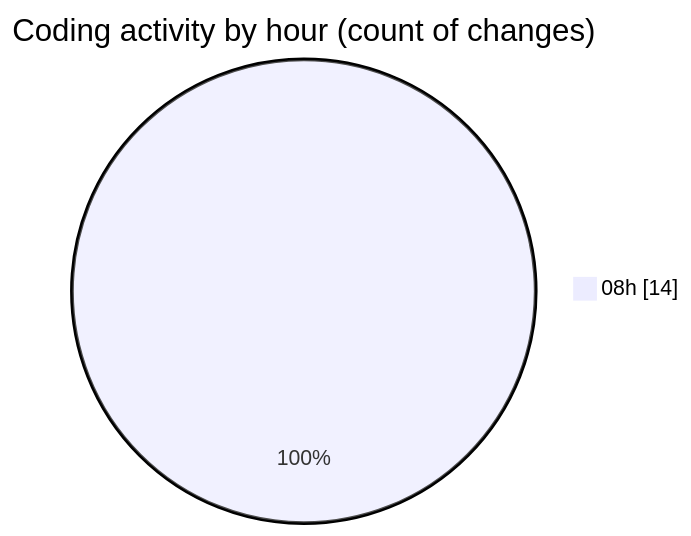
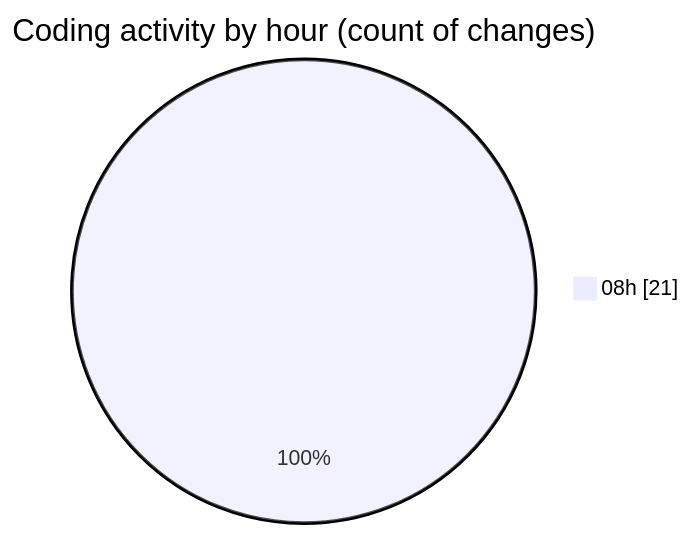
The second of 2 diagrams in 2025-05-12/niten/README.md (Elitesun/code-tracking), drawn with Mermaid before and after one commit. The commit also changed other lines of this file and 1 other file, not shown here.

````diff
--- a/2025-05-12/niten/README.md
+++ b/2025-05-12/niten/README.md
@@ -38,5 +38,5 @@
 ```mermaid
 pie showData
 title Coding activity by hour (count of changes)
-"08h" : 14
+"08h" : 21
 ```
````
